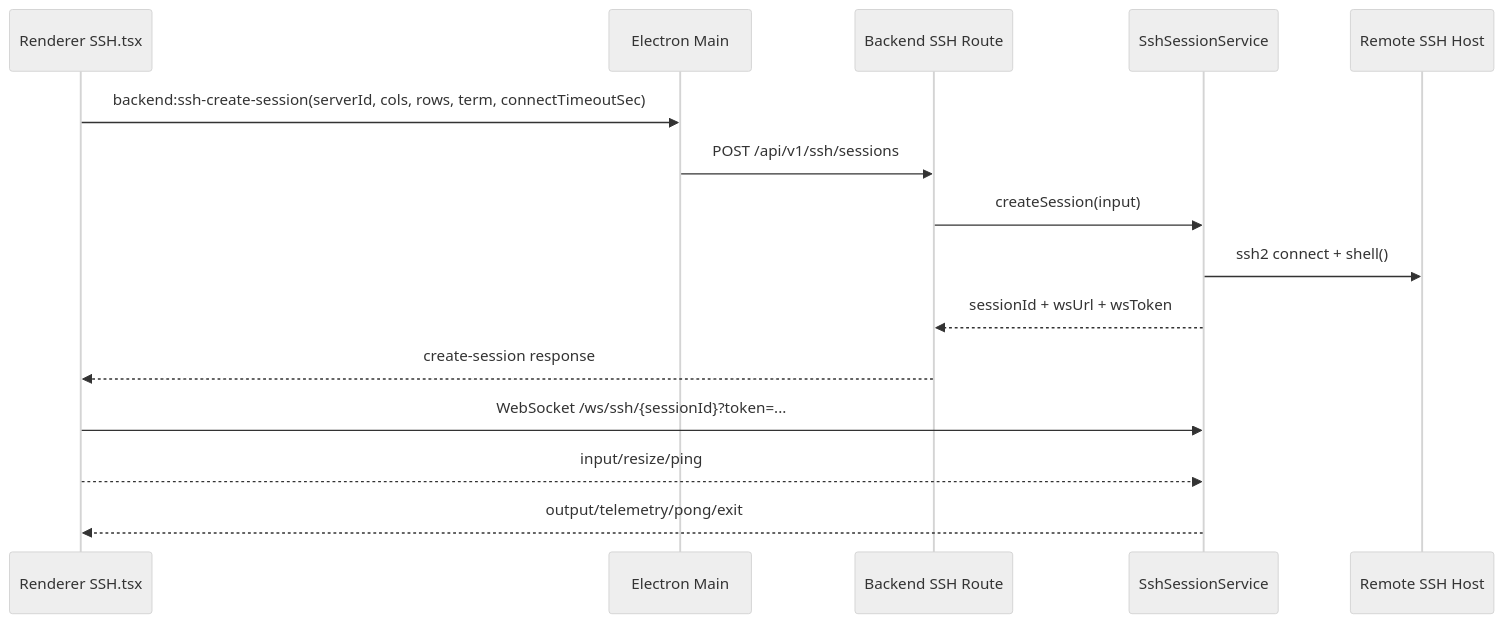
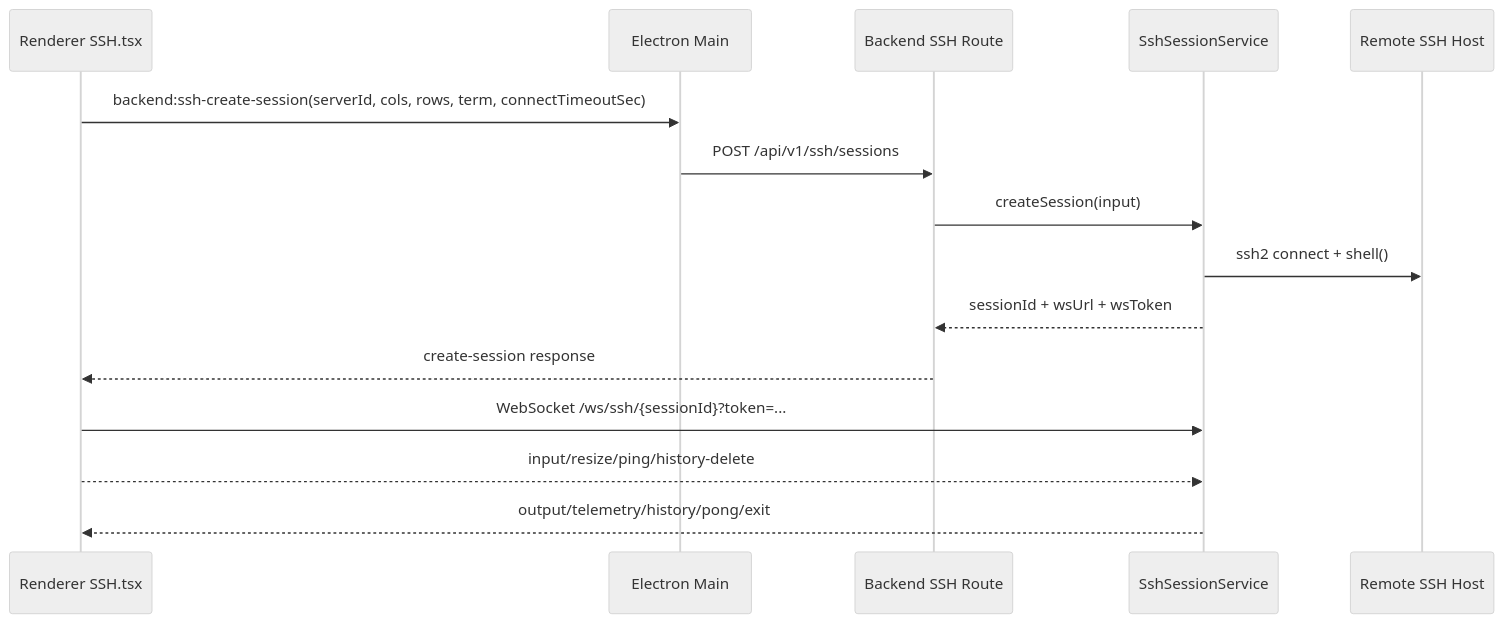
Before and after one commit to agoudbg/Cosmosh: the first of 2 diagrams in docs/developer/runtime/ssh-terminal.md, drawn with Mermaid (neutral theme). The commit also changed other lines of this file and 5 other files, not shown here.

````diff
--- a/docs/developer/runtime/ssh-terminal.md
+++ b/docs/developer/runtime/ssh-terminal.md
@@ -10,18 +10,18 @@
 ```mermaid
 sequenceDiagram
   participant UI as Renderer SSH.tsx
   participant MAIN as Electron Main
   participant API as Backend SSH Route
   participant SSH as SshSessionService
   participant REM as Remote SSH Host
 
   UI->>MAIN: backend:ssh-create-session(serverId, cols, rows, term, connectTimeoutSec)
   MAIN->>API: POST /api/v1/ssh/sessions
   API->>SSH: createSession(input)
   SSH->>REM: ssh2 connect + shell()
   SSH-->>API: sessionId + wsUrl + wsToken
   API-->>UI: create-session response
   UI->>SSH: WebSocket /ws/ssh/{sessionId}?token=...
-  UI-->>SSH: input/resize/ping
-  SSH-->>UI: output/telemetry/pong/exit
+  UI-->>SSH: input/resize/ping/history-delete
+  SSH-->>UI: output/telemetry/history/pong/exit
 ```
````
